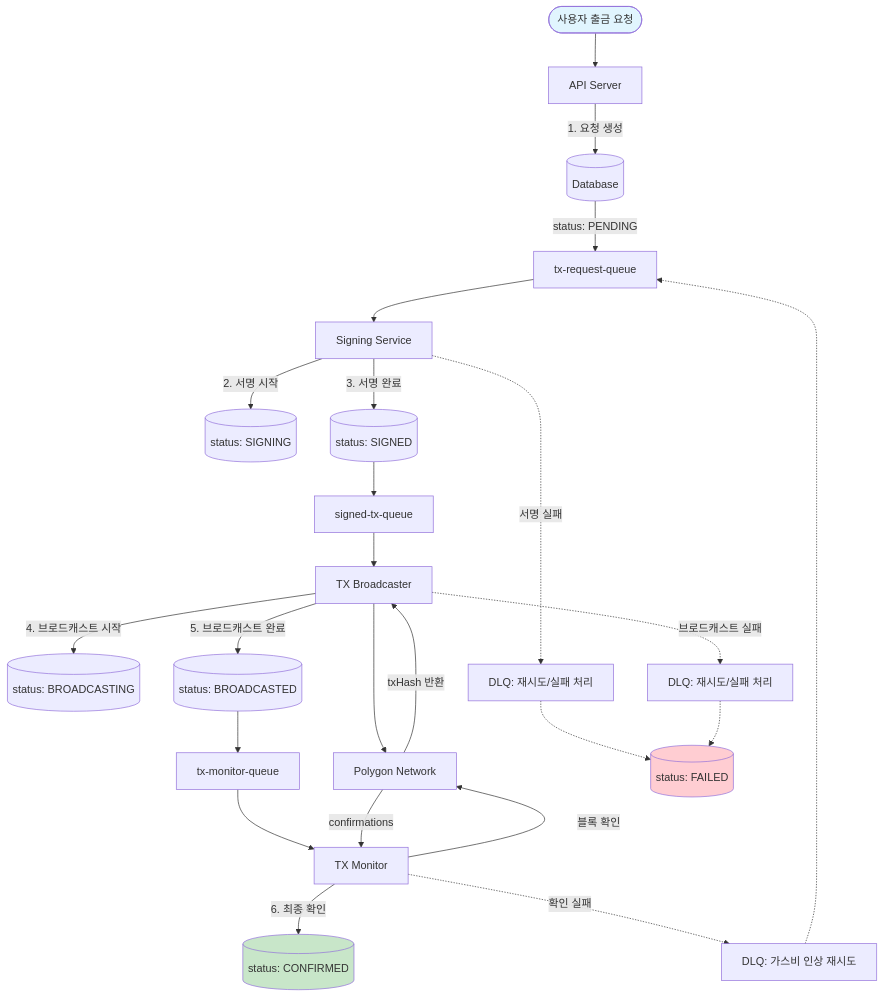
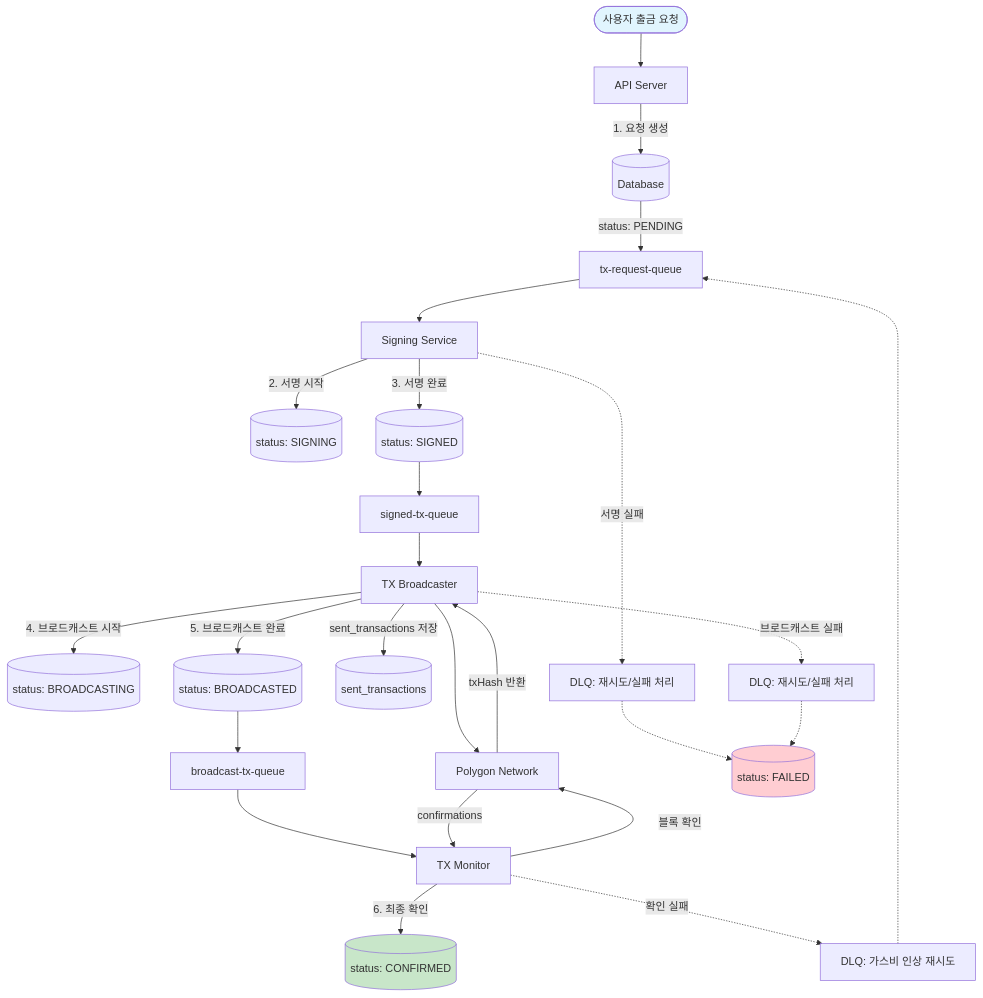
One commit to globalmsq/asset-withdrawal-monorepo changed the first of 5 diagrams in docs/TRANSACTION_LIFECYCLE.md. Above: the diagram before and after it, drawn with Mermaid. The commit also changed other lines of this file and 41 other files, not shown here.

````diff
--- a/docs/TRANSACTION_LIFECYCLE.md
+++ b/docs/TRANSACTION_LIFECYCLE.md
@@ -25,37 +45,38 @@
 ```mermaid
 graph TB
     Start([사용자 출금 요청]) --> API[API Server]
 
     API --> |1. 요청 생성| DB[(Database)]
     DB --> |status: PENDING| Queue1[tx-request-queue]
 
     Queue1 --> SigningService[Signing Service]
     SigningService --> |2. 서명 시작| DB2[(status: SIGNING)]
     SigningService --> |3. 서명 완료| DB3[(status: SIGNED)]
     DB3 --> Queue2[signed-tx-queue]
 
     Queue2 --> TxBroadcaster[TX Broadcaster]
     TxBroadcaster --> |4. 브로드캐스트 시작| DB4[(status: BROADCASTING)]
     TxBroadcaster --> Blockchain[Polygon Network]
     Blockchain --> |txHash 반환| TxBroadcaster
     TxBroadcaster --> |5. 브로드캐스트 완료| DB5[(status: BROADCASTED)]
-    DB5 --> Queue3[tx-monitor-queue]
+    TxBroadcaster --> |sent_transactions 저장| DB_ST[(sent_transactions)]
+    DB5 --> Queue3[broadcast-tx-queue]
 
     Queue3 --> TxMonitor[TX Monitor]
     TxMonitor --> |블록 확인| Blockchain
     Blockchain --> |confirmations| TxMonitor
     TxMonitor --> |6. 최종 확인| DB6[(status: CONFIRMED)]
 
     %% Error Flows
     SigningService -.->|서명 실패| DLQ1[DLQ: 재시도/실패 처리]
     TxBroadcaster -.->|브로드캐스트 실패| DLQ2[DLQ: 재시도/실패 처리]
     TxMonitor -.->|확인 실패| DLQ3[DLQ: 가스비 인상 재시도]
 
     DLQ1 -.-> DB_Failed[(status: FAILED)]
     DLQ2 -.-> DB_Failed
     DLQ3 -.-> Queue1
 
     style Start fill:#e1f5fe
     style DB6 fill:#c8e6c9
     style DB_Failed fill:#ffcdd2
 ```
````
